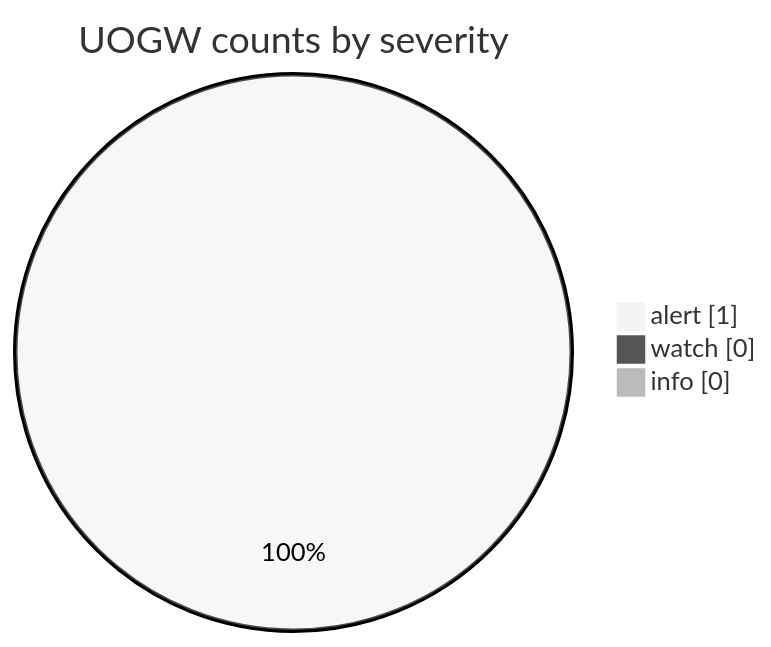
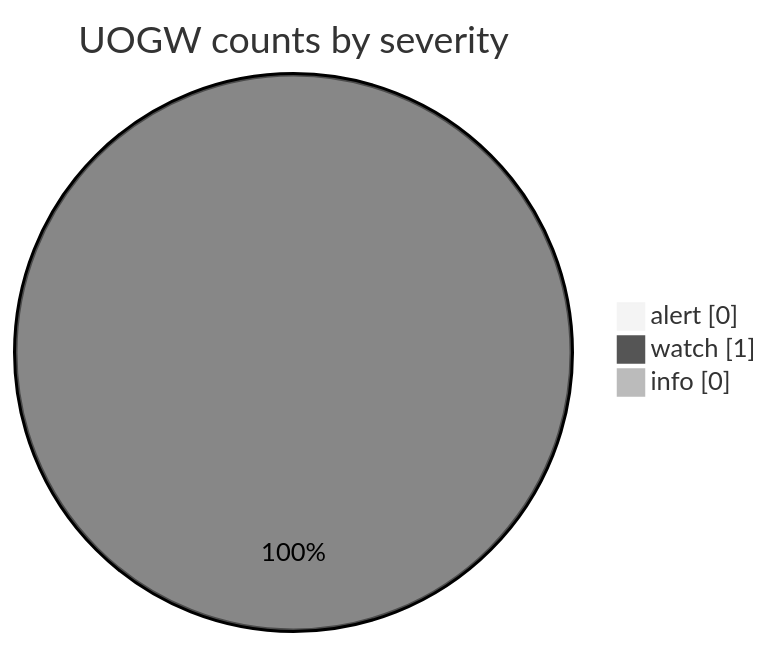
Before and after one commit to Midwest-Stratospheric/aerostratospheric-defense-gir: the fourth of 6 diagrams in docs/GRAPHS.md, drawn with Mermaid (neutral theme). The commit also changed other lines of this file and 23 other files, not shown here.

````diff
--- a/docs/GRAPHS.md
+++ b/docs/GRAPHS.md
@@ -66,7 +66,7 @@
 ```mermaid
 pie showData
   title UOGW counts by severity
-  "alert" : 1
-  "watch" : 0
+  "alert" : 0
+  "watch" : 1
   "info" : 0
 ```
````
